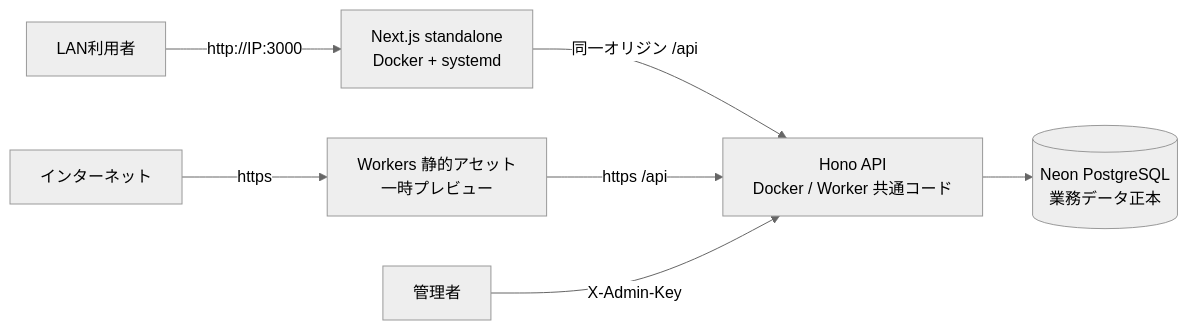
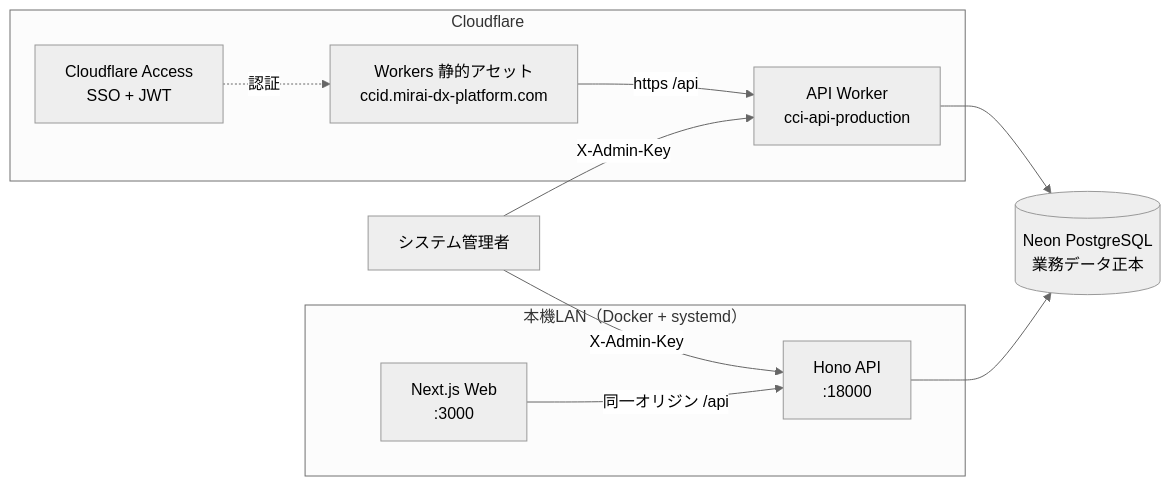
Before and after one commit to Kensan196948G/Civil-Cost-Index-Dashboard: the second of 9 diagrams in README.md, drawn with Mermaid (neutral theme). The commit also changed other lines of this file and 134 other files, not shown here.

````diff
--- a/README.md
+++ b/README.md
@@ -102,9 +125,14 @@
 ```mermaid
 flowchart LR
-    U1[LAN利用者] -->|http://IP:3000| W1[Next.js standalone<br/>Docker + systemd]
-    U2[インターネット] -->|https| W2[Workers 静的アセット<br/>一時プレビュー]
-    W1 -->|同一オリジン /api| A[Hono API<br/>Docker / Worker 共通コード]
-    W2 -->|https /api| A
-    A --> DB[(Neon PostgreSQL<br/>業務データ正本)]
-    ADMIN[管理者] -->|X-Admin-Key| A
+    subgraph LAN["本機LAN（Docker + systemd）"]
+        LW["Next.js Web<br/>:3000"] -->|"同一オリジン /api"| LA["Hono API<br/>:18000"]
+    end
+    subgraph CF["Cloudflare"]
+        CW["Workers 静的アセット<br/>ccid.mirai-dx-platform.com"] -->|"https /api"| CA["API Worker<br/>cci-api-production"]
+        ACC["Cloudflare Access<br/>SSO + JWT"] -. 認証 .-> CW
+    end
+    LA --> DB[("Neon PostgreSQL<br/>業務データ正本")]
+    CA --> DB
+    ADM["システム管理者"] -->|"X-Admin-Key"| LA
+    ADM -->|"X-Admin-Key"| CA
 ```
````
